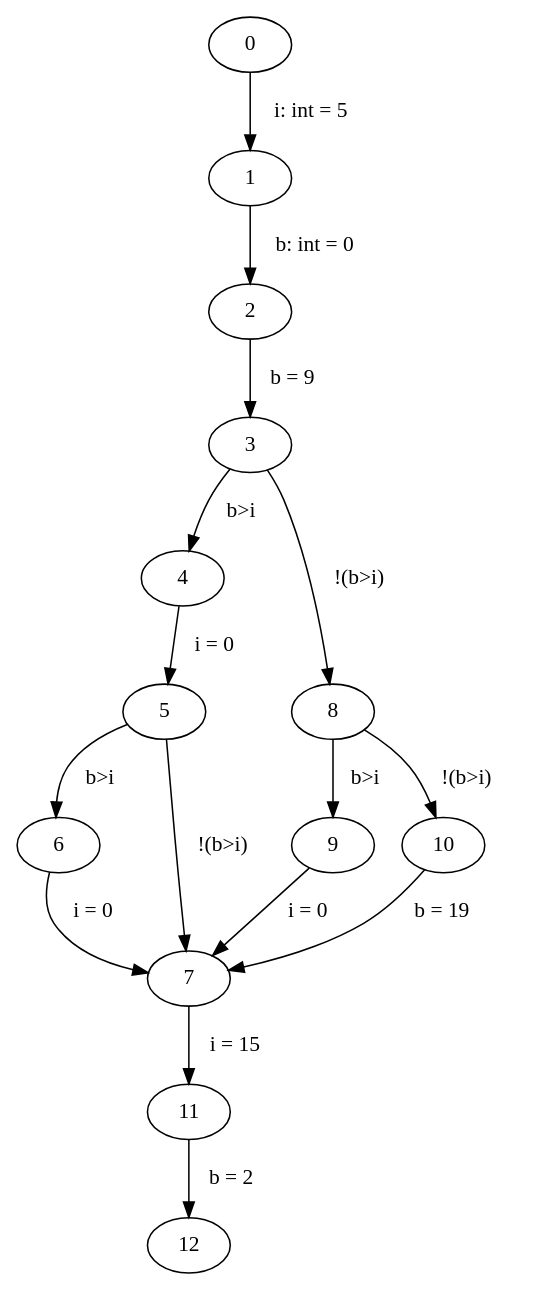
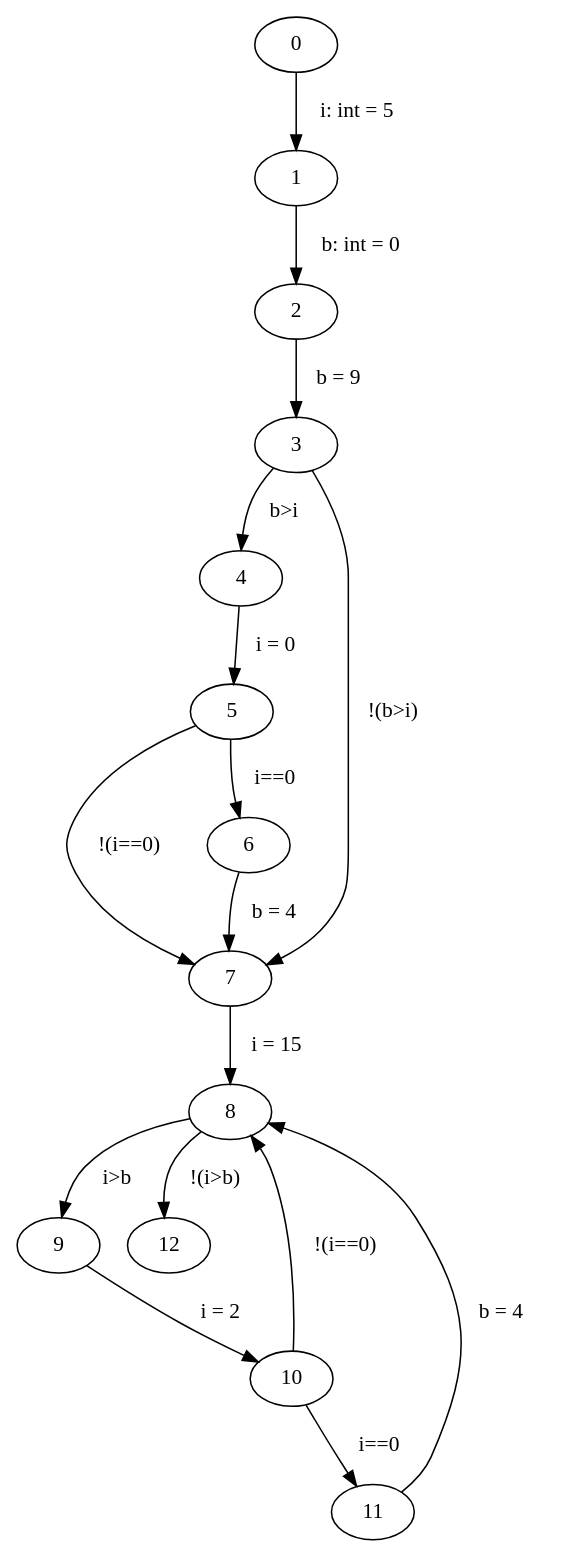
Before and after one commit to FloKes/ProgramAnalysis: the diagram in src/main/java/graphviz/input.dot, drawn with Graphviz. The commit also changed 7 other files, not shown here.

```diff
--- a/src/main/java/graphviz/input.dot
+++ b/src/main/java/graphviz/input.dot
@@ -1,17 +1,18 @@
 digraph ProgramGraph{
 "0" -> "1" [label="  i: int = 5   "] 
 "1" -> "2" [label="  b: int = 0   "] 
 "2" -> "3" [label="  b = 9   "] 
 "3" -> "4" [label="  b>i   "] 
-"3" -> "8" [label="  !(b>i)   "] 
+"3" -> "7" [label="  !(b>i)   "] 
 "4" -> "5" [label="  i = 0   "] 
-"5" -> "6" [label="  b>i   "] 
-"5" -> "7" [label="  !(b>i)   "] 
-"6" -> "7" [label="  i = 0   "] 
-"7" -> "11" [label="  i = 15   "] 
-"8" -> "9" [label="  b>i   "] 
-"8" -> "10" [label="  !(b>i)   "] 
-"9" -> "7" [label="  i = 0   "] 
-"10" -> "7" [label="  b = 19   "] 
-"11" -> "12" [label="  b = 2   "] 
+"5" -> "6" [label="  i==0   "] 
+"5" -> "7" [label="  !(i==0)   "] 
+"6" -> "7" [label="  b = 4   "] 
+"7" -> "8" [label="  i = 15   "] 
+"8" -> "9" [label="  i>b   "] 
+"8" -> "12" [label="  !(i>b)   "] 
+"9" -> "10" [label="  i = 2   "] 
+"10" -> "11" [label="  i==0   "] 
+"10" -> "8" [label="  !(i==0)   "] 
+"11" -> "8" [label="  b = 4   "] 
 }
```
